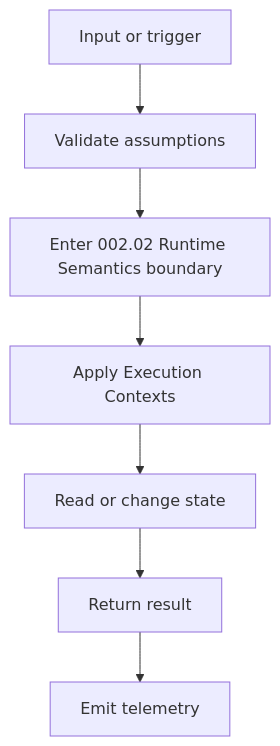
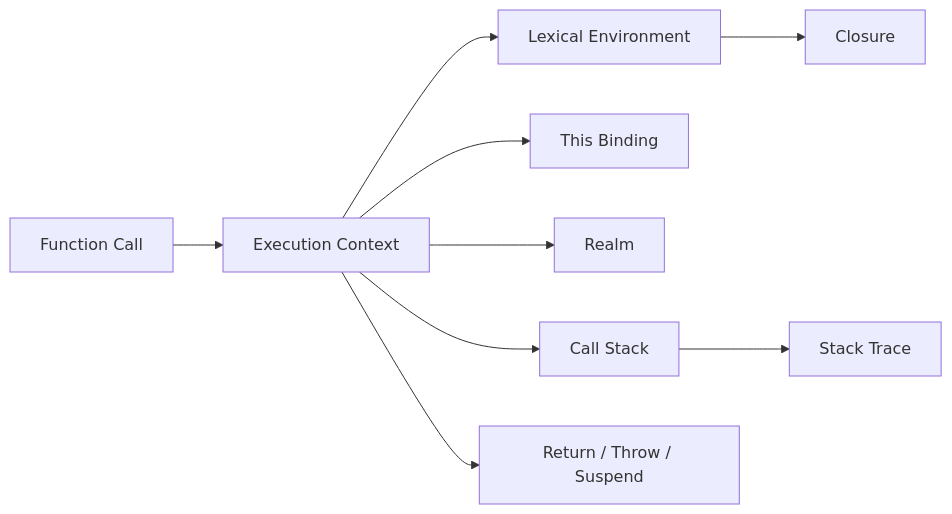
The third of 4 diagrams in 002. JavaScript Internals/002.02 Runtime Semantics/002.02.01 Execution Contexts/README.md (AjayPrajapat/Interview), drawn with Mermaid before and after one commit. The commit also changed other lines of this file and 3 other files, not shown here.

````diff
--- a/002. JavaScript Internals/002.02 Runtime Semantics/002.02.01 Execution Contexts/README.md
+++ b/002. JavaScript Internals/002.02 Runtime Semantics/002.02.01 Execution Contexts/README.md
@@ -453,9 +1211,11 @@
 ```mermaid
-flowchart TD
-  A[Input or trigger] --> B[Validate assumptions]
-  B --> C[Enter 002.02 Runtime Semantics boundary]
-  C --> D[Apply Execution Contexts]
-  D --> E[Read or change state]
-  E --> F[Return result]
-  F --> G[Emit telemetry]
+flowchart LR
+  A["Function Call"] --> B["Execution Context"]
+  B --> C["Lexical Environment"]
+  B --> D["This Binding"]
+  B --> E["Realm"]
+  B --> F["Call Stack"]
+  C --> G["Closure"]
+  F --> H["Stack Trace"]
+  B --> I["Return / Throw / Suspend"]
 ```
````
